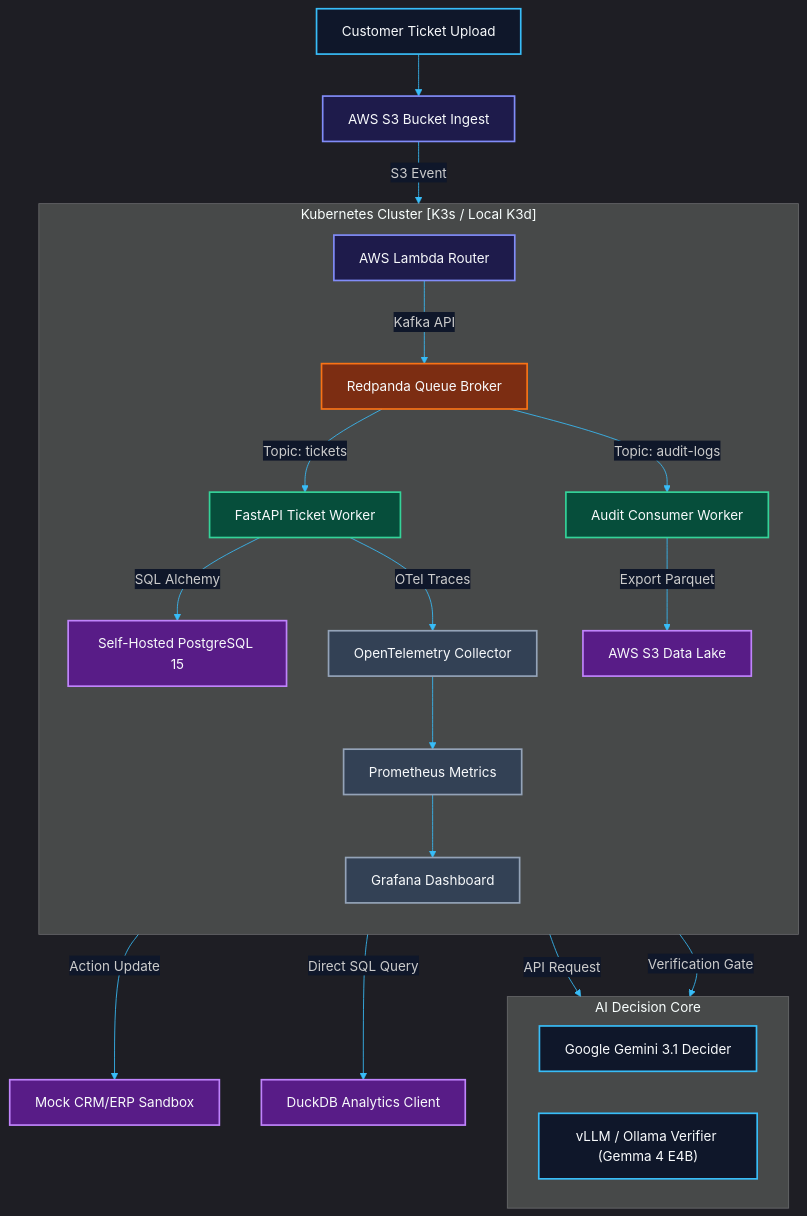
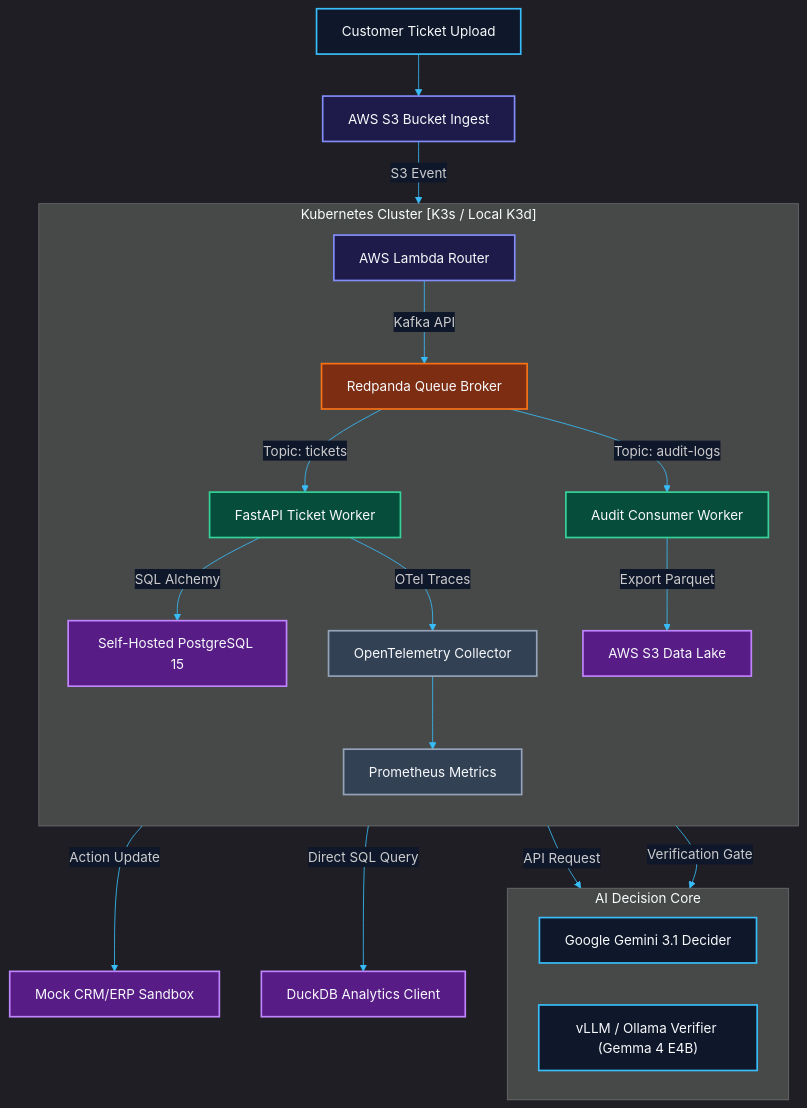
Before and after one commit to Edric2412/AWS1: the diagram in README.md, drawn with Mermaid. The commit also changed other lines of this file and 9 other files, not shown here.

````diff
--- a/README.md
+++ b/README.md
@@ -135,37 +129,36 @@
 ```mermaid
 %%{init: {'theme': 'dark', 'themeVariables': { 'primaryColor': '#1e293b', 'primaryTextColor': '#f8fafc', 'lineColor': '#38bdf8', 'edgeLabelBackground': '#0f172a' }}}%%
 graph TD
     classDef client fill:#0f172a,stroke:#38bdf8,stroke-width:2px,color:#f8fafc;
     classDef serverless fill:#1e1b4b,stroke:#818cf8,stroke-width:2px,color:#f8fafc;
     classDef queue fill:#7c2d12,stroke:#f97316,stroke-width:2px,color:#f8fafc;
     classDef worker fill:#064e3b,stroke:#34d399,stroke-width:2px,color:#f8fafc;
     classDef database fill:#581c87,stroke:#c084fc,stroke-width:2px,color:#f8fafc;
     classDef monitoring fill:#334155,stroke:#94a3b8,stroke-width:2px,color:#f8fafc;
 
     Ticket[Customer Ticket Upload]:::client --> S3Ingest[AWS S3 Bucket Ingest]:::serverless
     S3Ingest -->|S3 Event| Lambda[AWS Lambda Router]:::serverless
     
     subgraph "Kubernetes Cluster [K3s / Local K3d]"
         direction TB
         Lambda -->|Kafka API| KafkaBroker[Redpanda Queue Broker]:::queue
         
         KafkaBroker -->|Topic: tickets| TicketWorker[FastAPI Ticket Worker]:::worker
         KafkaBroker -->|Topic: audit-logs| AuditWorker[Audit Consumer Worker]:::worker
         
         TicketWorker -->|SQL Alchemy| PG[Self-Hosted PostgreSQL 15]:::database
         AuditWorker -->|Export Parquet| S3DataLake[AWS S3 Data Lake]:::database
         
         TicketWorker -->|OTel Traces| OTel[OpenTelemetry Collector]:::monitoring
         OTel --> Prometheus[Prometheus Metrics]:::monitoring
-        Prometheus --> Grafana[Grafana Dashboard]:::monitoring
     end
     
     subgraph AI Decision Core
         direction LR
         TicketWorker -->|API Request| Gemini[Google Gemini 3.1 Decider]:::client
         TicketWorker -->|Verification Gate| LocalLLM["vLLM / Ollama Verifier (Gemma 4 E4B)"]:::client
     end
     
     TicketWorker -->|Action Update| MockEnterprise[Mock CRM/ERP Sandbox]:::database
     S3DataLake -->|Direct SQL Query| DuckDB[DuckDB Analytics Client]:::database
 ```
````
